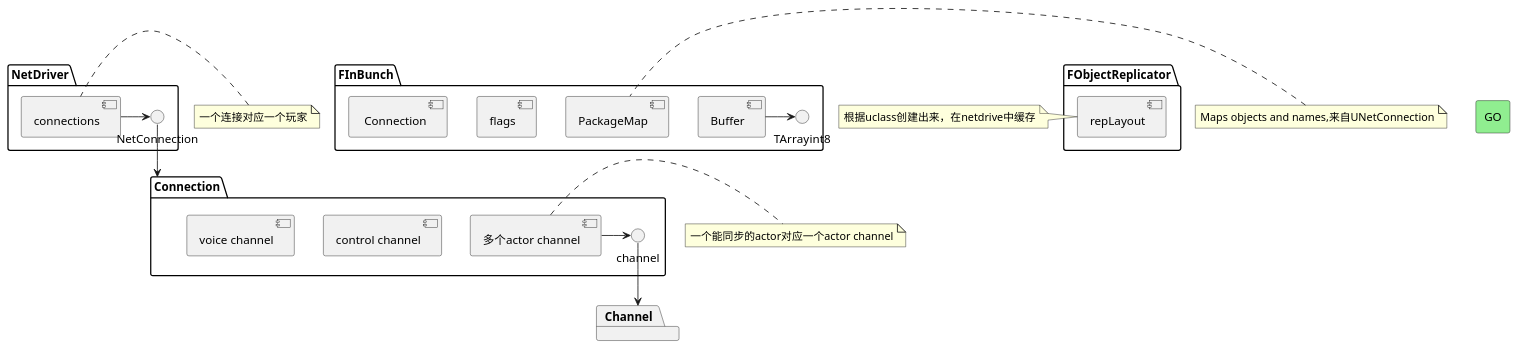
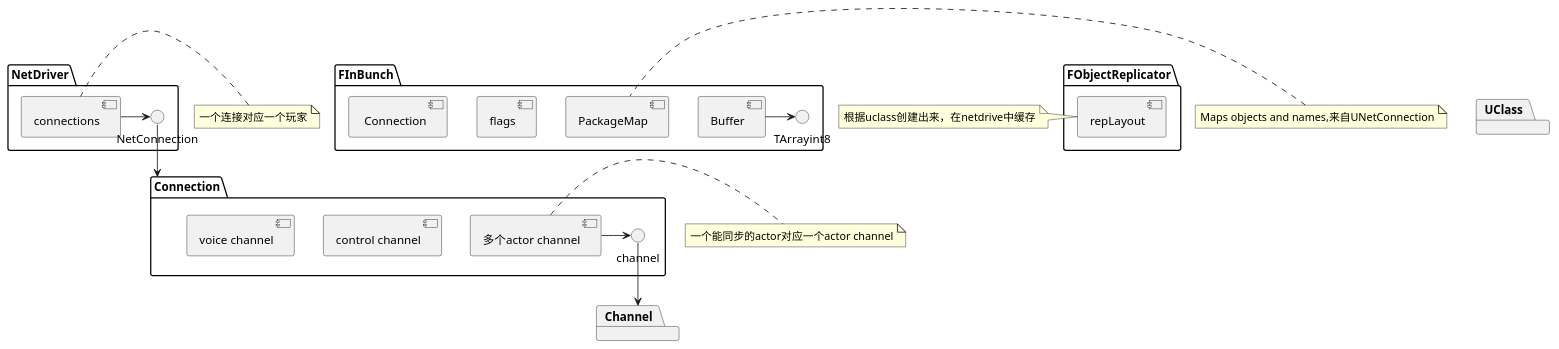
One commit to lawnight/lawnight.github.io changed the first of 5 diagrams in _posts/ue4net2.md. Above: the diagram before and after it, drawn with PlantUML. The commit also changed other lines of this file and 1 other file, not shown here.

````diff
--- a/_posts/ue4net2.md
+++ b/_posts/ue4net2.md
@@ -17,38 +17,40 @@
 ```puml
 @startuml
 package "NetDriver" {  
    [connections] ->NetConnection 
 }
 package Connection  {
   [control channel]
   [多个actor channel] ->channel
   [voice channel]
 }
 note left of connections:一个连接对应一个玩家
 
 note right of [多个actor channel]:一个能同步的actor对应一个actor channel
 package Channel{
 }
 
 package FInBunch{
     [PackageMap]
     [Buffer] ->TArrayint8
     [flags]
     [ Connection]
 }
 
 package FObjectReplicator  {
   [repLayout]
 }
 
+package UClass{
+    
+}
+
 note left of [repLayout]:根据uclass创建出来，在netdrive中缓存
 note left of [PackageMap]:Maps objects and names,来自UNetConnection
 
-
-rectangle GO #lightgreen
 
 NetConnection -down->Connection
 channel -down->Channel
 
 @enduml
 ```
````
